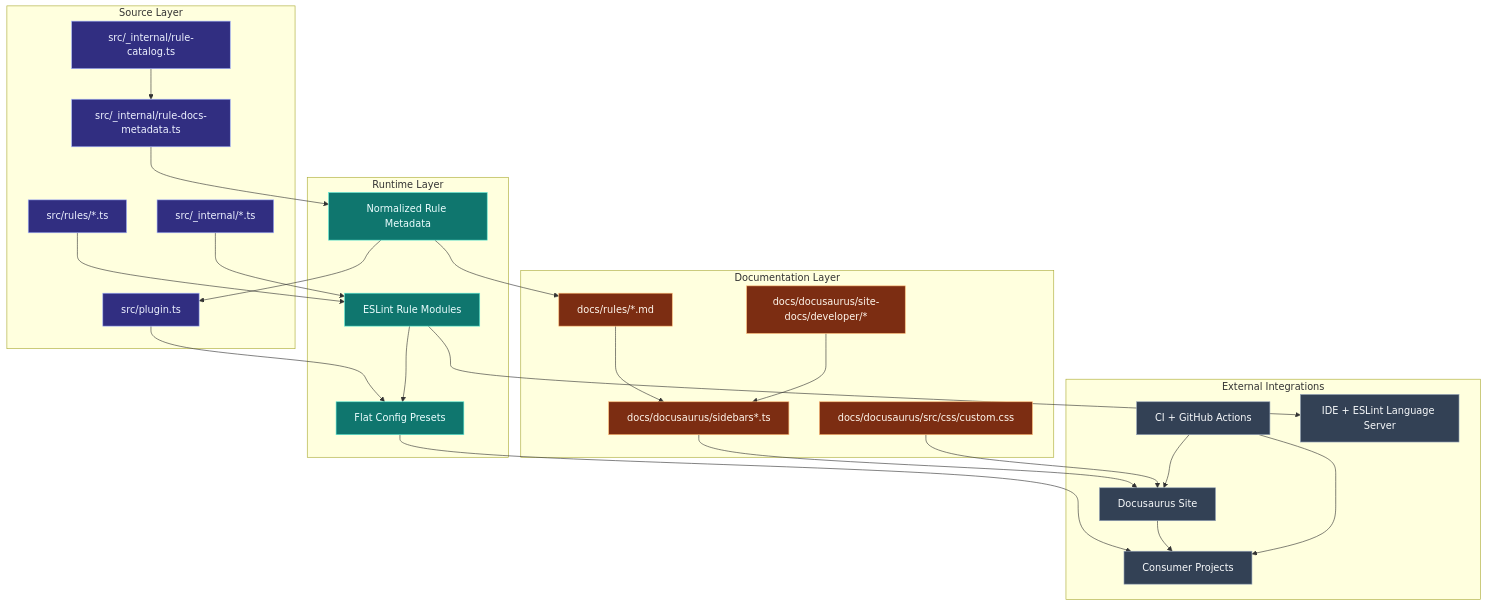
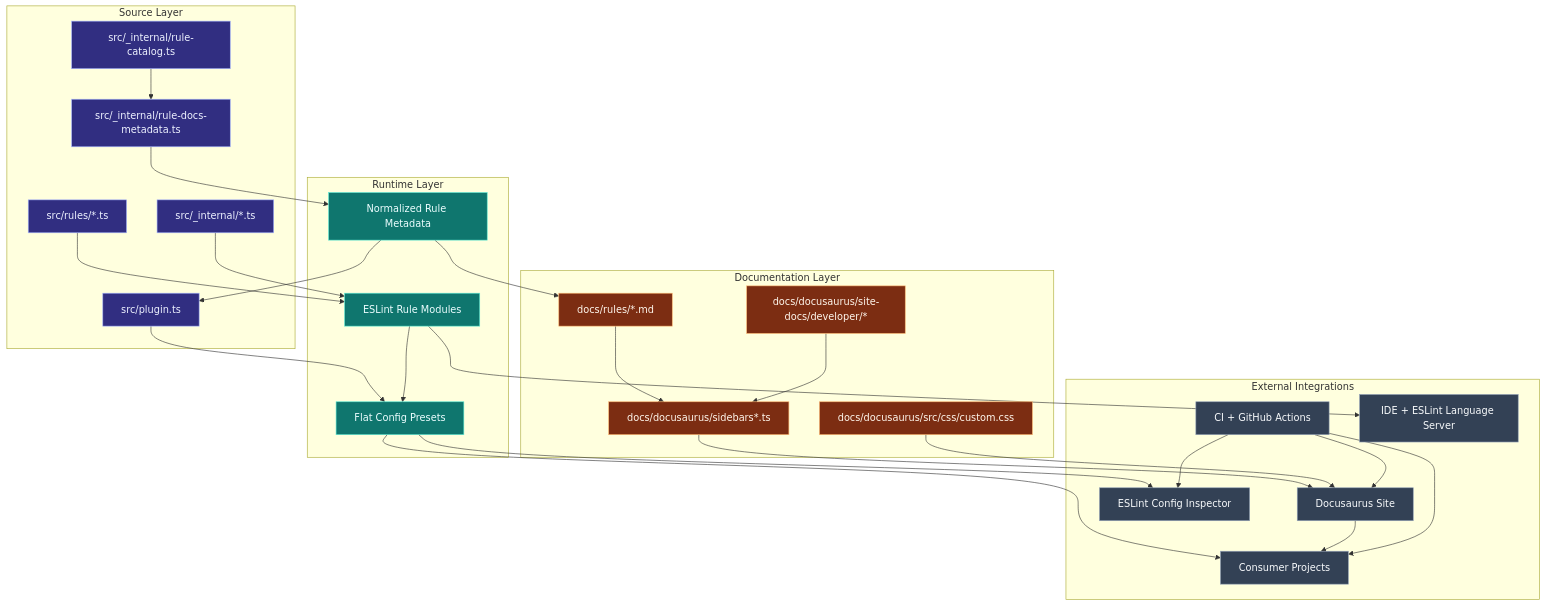
The diagram in docs/docusaurus/site-docs/developer/charts/system-architecture-overview.md (Nick2bad4u/eslint-plugin-typefest), drawn with Mermaid before and after one commit. The commit also changed other lines of this file and 11 other files, not shown here.

First line of the commit message:
📝 [docs] Update developer documentation and charts

````diff
--- a/docs/docusaurus/site-docs/developer/charts/system-architecture-overview.md
+++ b/docs/docusaurus/site-docs/developer/charts/system-architecture-overview.md
@@ -11,60 +11,63 @@
 ```mermaid
 flowchart TB
     classDef source fill:#312e81,stroke:#a5b4fc,color:#eef2ff,stroke-width:1px
     classDef runtime fill:#0f766e,stroke:#5eead4,color:#ecfeff,stroke-width:1px
     classDef docs fill:#7c2d12,stroke:#fdba74,color:#fff7ed,stroke-width:1px
     classDef ext fill:#334155,stroke:#94a3b8,color:#f8fafc,stroke-width:1px
 
     subgraph S[Source Layer]
       R[src/rules/*.ts]
       I[src/_internal/*.ts]
       P[src/plugin.ts]
       C[src/_internal/rule-catalog.ts]
       M[src/_internal/rule-docs-metadata.ts]
     end
 
     subgraph RT[Runtime Layer]
       ER[ESLint Rule Modules]
       PC[Flat Config Presets]
       MD[Normalized Rule Metadata]
     end
 
     subgraph D[Documentation Layer]
       RD[docs/rules/*.md]
       DD[docs/docusaurus/site-docs/developer/*]
       SB[docs/docusaurus/sidebars*.ts]
       CSS[docs/docusaurus/src/css/custom.css]
     end
 
     subgraph E[External Integrations]
       CONS[Consumer Projects]
       CI[CI + GitHub Actions]
       SITE[Docusaurus Site]
       IDE[IDE + ESLint Language Server]
+      INSP[ESLint Config Inspector]
     end
 
     R --> ER
     I --> ER
     C --> M
     M --> MD
     P --> PC
     ER --> PC
     MD --> P
 
     RD --> SB
     DD --> SB
     SB --> SITE
     CSS --> SITE
     MD --> RD
 
     PC --> CONS
     ER --> IDE
     SITE --> CONS
+    PC --> INSP
     CI --> SITE
+    CI --> INSP
     CI --> CONS
 
     class R,I,P,C,M source
     class ER,PC,MD runtime
     class RD,DD,SB,CSS docs
-    class CONS,CI,SITE,IDE ext
+    class CONS,CI,SITE,IDE,INSP ext
 ```
````
